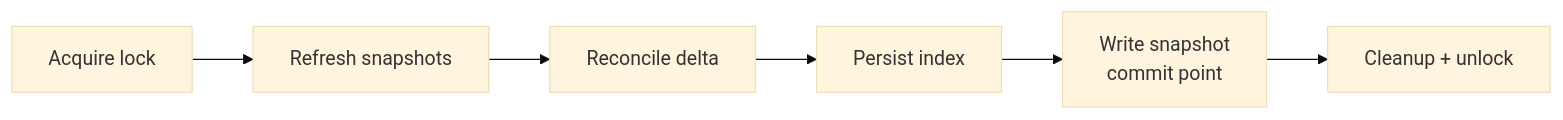
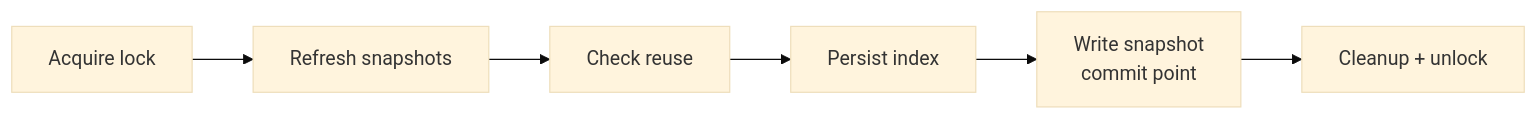
Before and after one commit to borgbase/vykar: the third of 7 diagrams in docs/src/content/docs/architecture.md, drawn with Mermaid (base theme). The commit also changed other lines of this file and 96 other files, not shown here.

````diff
--- a/docs/src/content/docs/architecture.md
+++ b/docs/src/content/docs/architecture.md
@@ -604,8 +605,8 @@
 ```mermaid
 flowchart LR
     lock["Acquire lock"] --> refresh["Refresh snapshots"]
-    refresh --> reconcile["Reconcile delta"]
-    reconcile --> persist["Persist index"]
+    refresh --> check["Check reuse"]
+    check --> persist["Persist index"]
     persist --> commit["Write snapshot<br/>commit point"]
     commit --> cleanup["Cleanup + unlock"]
 ```
````
